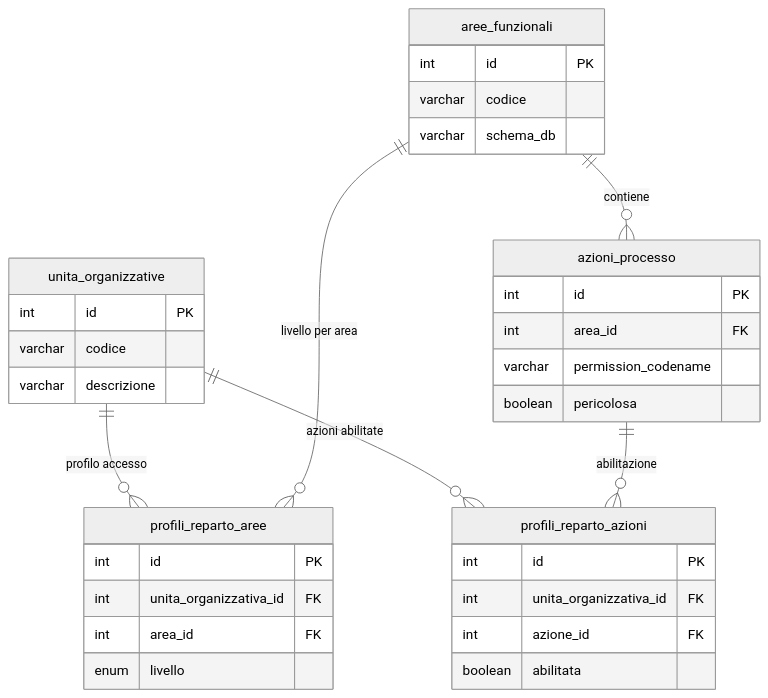
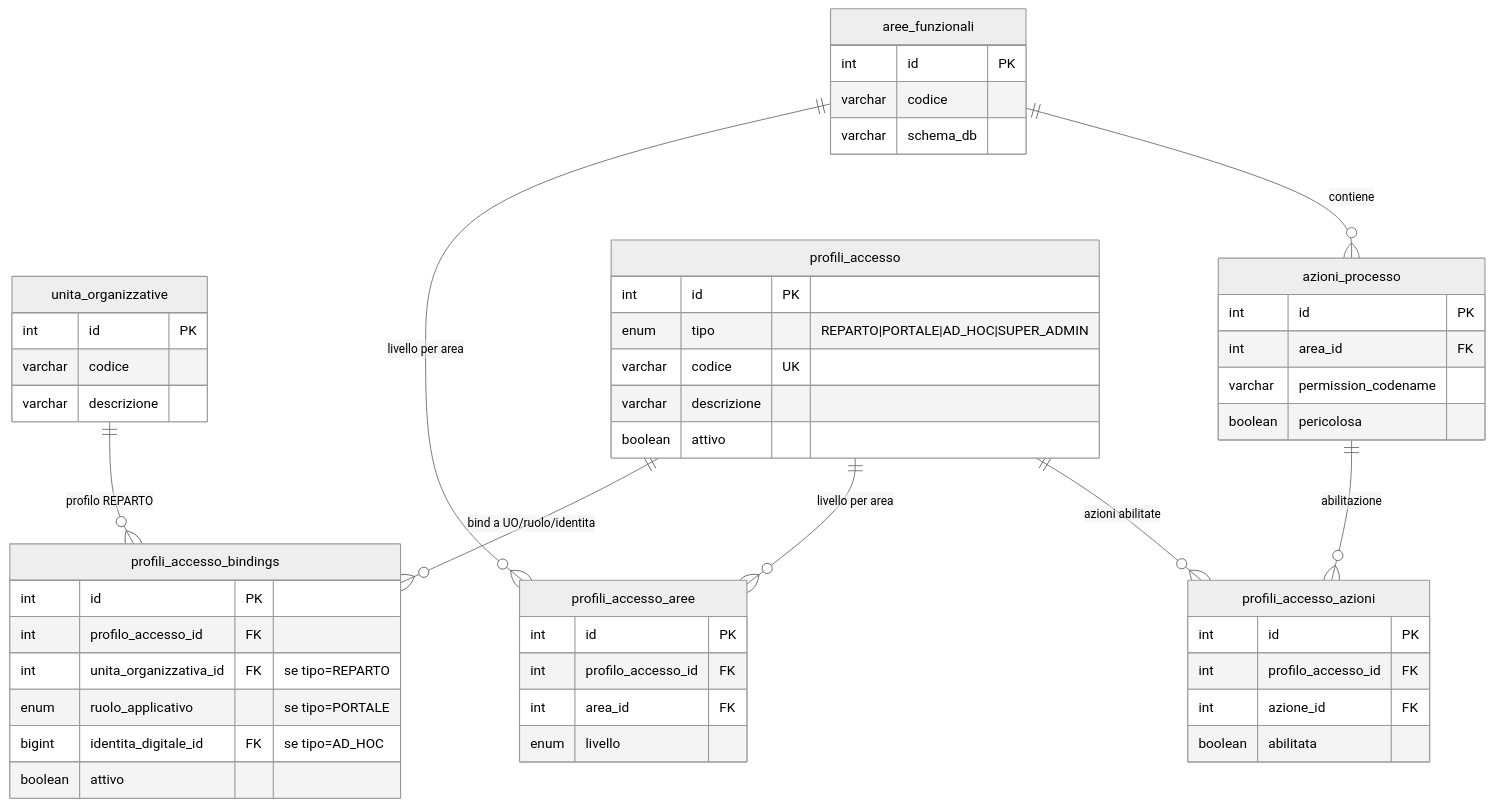
Before and after one commit to Tito-it/ZeroErp: the first of 3 diagrams in docs/it/guide/architettura-permessi-e-autorizzazioni.md, drawn with Mermaid (neutral theme). The commit also changed other lines of this file and 35 other files, not shown here.

````diff
--- a/docs/it/guide/architettura-permessi-e-autorizzazioni.md
+++ b/docs/it/guide/architettura-permessi-e-autorizzazioni.md
@@ -709,41 +721,60 @@
 ```mermaid
 erDiagram
     unita_organizzative {
         int id PK
         varchar codice
         varchar descrizione
     }
 
     aree_funzionali {
         int id PK
         varchar codice
         varchar schema_db
     }
 
     azioni_processo {
         int id PK
         int area_id FK
         varchar permission_codename
         boolean pericolosa
     }
 
-    profili_reparto_aree {
+    profili_accesso {
         int id PK
-        int unita_organizzativa_id FK
+        enum tipo "REPARTO|PORTALE|AD_HOC|SUPER_ADMIN"
+        varchar codice UK
+        varchar descrizione
+        boolean attivo
+    }
+
+    profili_accesso_bindings {
+        int id PK
+        int profilo_accesso_id FK
+        int unita_organizzativa_id FK "se tipo=REPARTO"
+        enum ruolo_applicativo "se tipo=PORTALE"
+        bigint identita_digitale_id FK "se tipo=AD_HOC"
+        boolean attivo
+    }
+
+    profili_accesso_aree {
+        int id PK
+        int profilo_accesso_id FK
         int area_id FK
         enum livello
     }
 
-    profili_reparto_azioni {
+    profili_accesso_azioni {
         int id PK
-        int unita_organizzativa_id FK
+        int profilo_accesso_id FK
         int azione_id FK
         boolean abilitata
     }
 
-    unita_organizzative ||--o{ profili_reparto_aree : "profilo accesso"
-    aree_funzionali ||--o{ profili_reparto_aree : "livello per area"
-    unita_organizzative ||--o{ profili_reparto_azioni : "azioni abilitate"
-    azioni_processo ||--o{ profili_reparto_azioni : "abilitazione"
+    profili_accesso ||--o{ profili_accesso_bindings : "bind a UO/ruolo/identita"
+    profili_accesso ||--o{ profili_accesso_aree : "livello per area"
+    profili_accesso ||--o{ profili_accesso_azioni : "azioni abilitate"
+    unita_organizzative ||--o{ profili_accesso_bindings : "profilo REPARTO"
+    aree_funzionali ||--o{ profili_accesso_aree : "livello per area"
+    azioni_processo ||--o{ profili_accesso_azioni : "abilitazione"
     aree_funzionali ||--o{ azioni_processo : "contiene"
 ```
````
